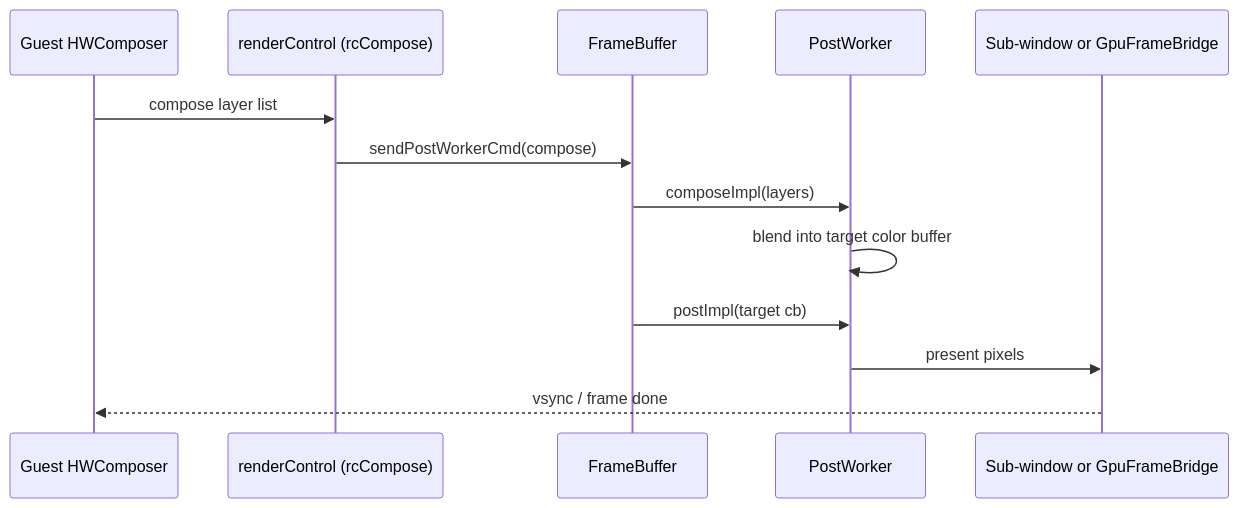
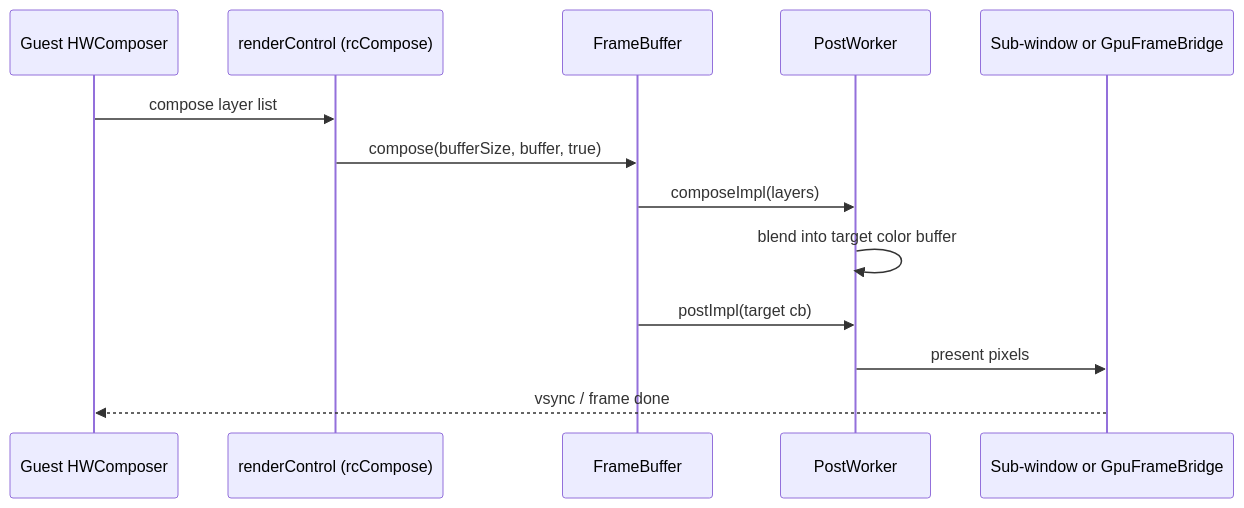
One commit to aospbooks/android-emulator-internal-book changed the seventh of 9 diagrams in 11-graphics-architecture.md. Above: the diagram before and after it, drawn with Mermaid. The commit also changed other lines of this file and 31 other files, not shown here.

````diff
--- a/11-graphics-architecture.md
+++ b/11-graphics-architecture.md
@@ -484,15 +482,15 @@
 ```mermaid
 sequenceDiagram
   participant Guest as Guest HWComposer
   participant RC as renderControl (rcCompose)
   participant FB as FrameBuffer
   participant PW as PostWorker
   participant Out as Sub-window or GpuFrameBridge
   Guest->>RC: compose layer list
-  RC->>FB: sendPostWorkerCmd(compose)
+  RC->>FB: compose(bufferSize, buffer, true)
   FB->>PW: composeImpl(layers)
   PW->>PW: blend into target color buffer
   FB->>PW: postImpl(target cb)
   PW->>Out: present pixels
   Out-->>Guest: vsync / frame done
 ```
````
